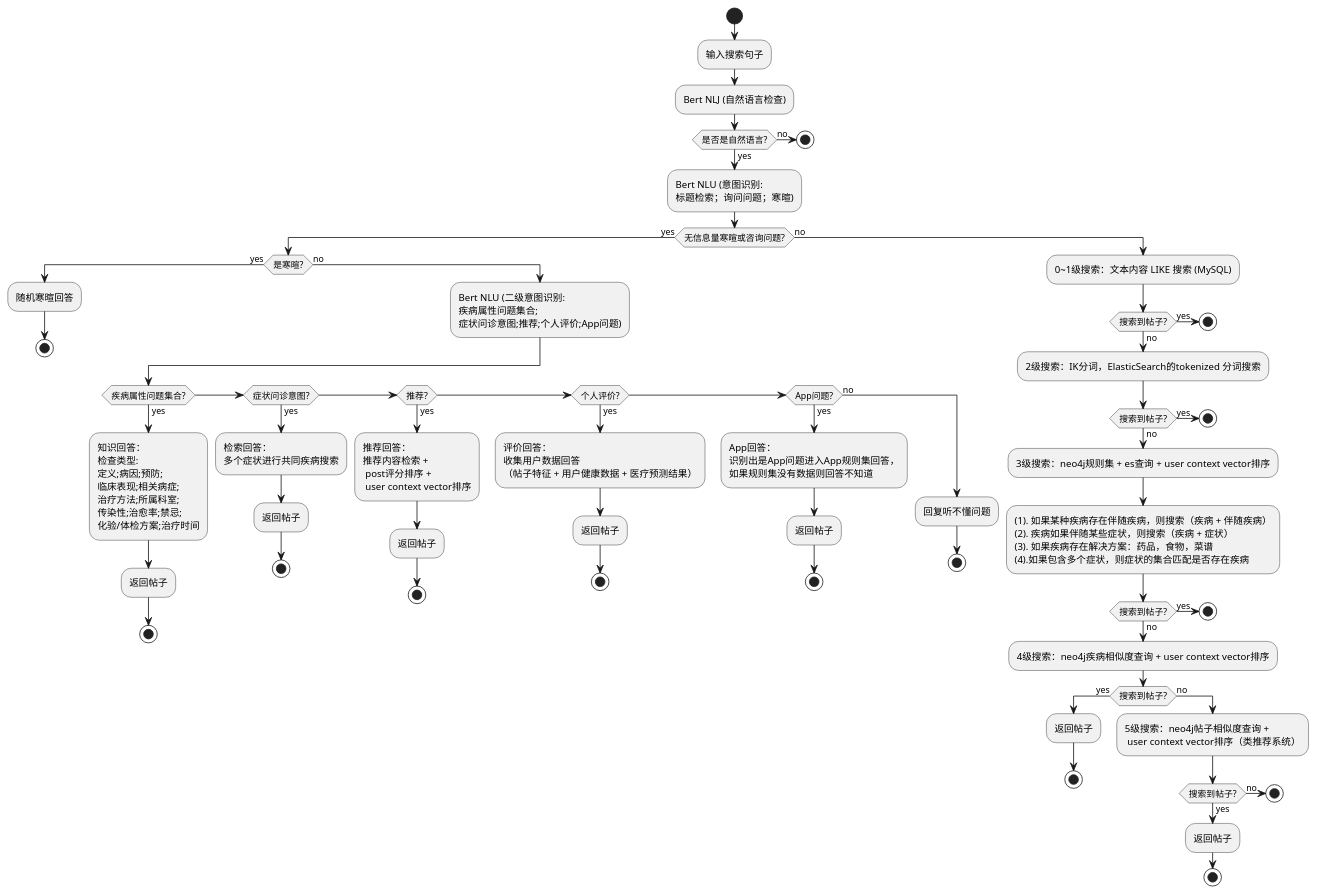
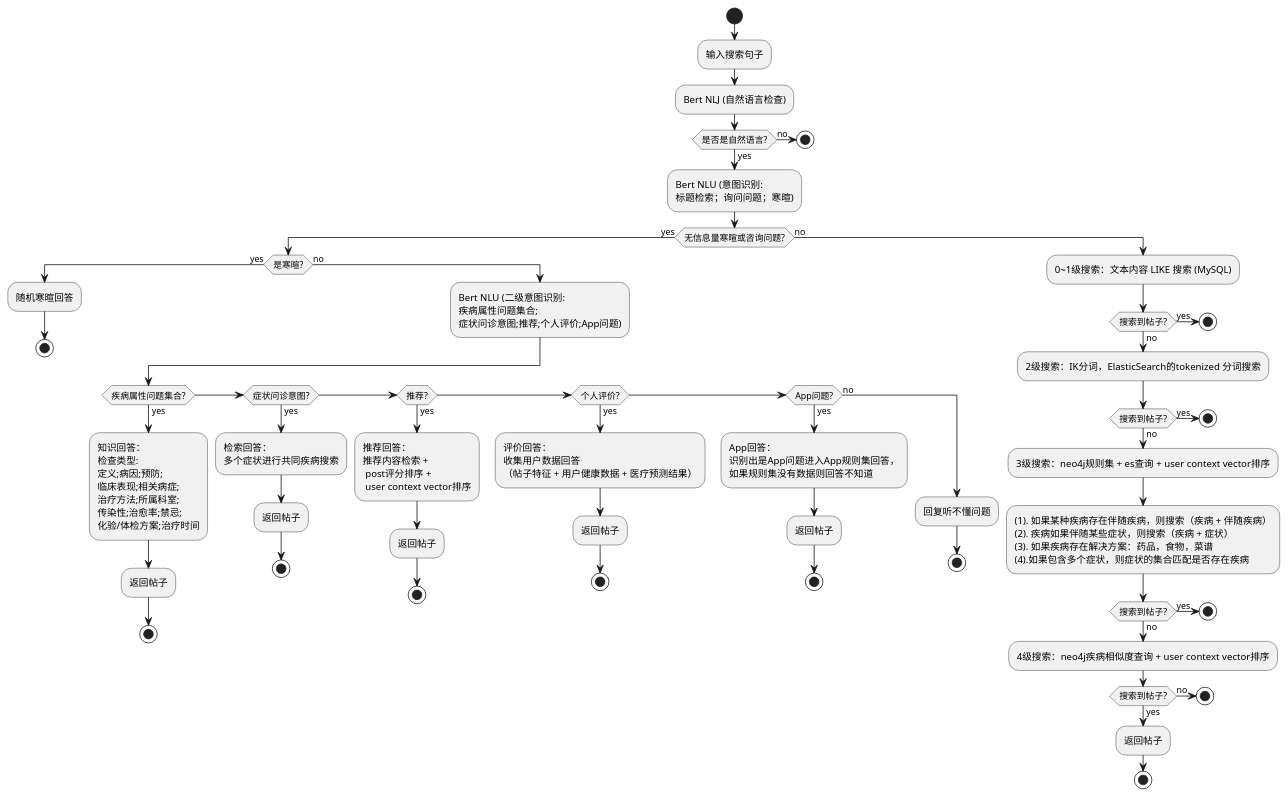
The diagram in spring-server/business/search-service/docs/搜索引擎流程planC.puml (nangong918/SmartMedicine-App), drawn with PlantUML before and after one commit. The commit also changed 6 other files, not shown here.

```diff
--- a/spring-server/business/search-service/docs/搜索引擎流程planC.puml
+++ b/spring-server/business/search-service/docs/搜索引擎流程planC.puml
@@ -1,87 +1,81 @@
 @startuml
 ' Styling options - feel free to adjust
 
 start
 :输入搜索句子;
 
 ' Natural Language Check
 :Bert NLJ (自然语言检查);
 if (是否是自然语言?) then (no)
   stop
 else (yes)
   ' Intent Recognition
   :Bert NLU (意图识别:\n标题检索；询问问题；寒暄);
 
   if (无信息量寒暄或咨询问题?) then (yes)
     if (是寒暄?) then (yes)
       :随机寒暄回答;
       stop
     else (no)
       :Bert NLU (二级意图识别:\n疾病属性问题集合;\n症状问诊意图;推荐;个人评价;App问题);
       if (疾病属性问题集合?) then (yes)
         :知识回答：\n检查类型:\n定义;病因;预防;\n临床表现;相关病症;\n治疗方法;所属科室;\n传染性;治愈率;禁忌;\n化验/体检方案;治疗时间;
         :返回帖子;
         stop
       elseif (症状问诊意图?) then (yes)
         :检索回答：\n多个症状进行共同疾病搜索;
         :返回帖子;
         stop
       elseif (推荐?) then (yes)
         :推荐回答：\n推荐内容检索 + \n post评分排序 + \n user context vector排序;
         :返回帖子;
         stop
       elseif (个人评价?) then (yes)
         :评价回答：\n收集用户数据回答\n（帖子特征 + 用户健康数据 + 医疗预测结果）;
         :返回帖子;
         stop
       elseif (App问题?) then (yes)
         :App回答：\n识别出是App问题进入App规则集回答，\n如果规则集没有数据则回答不知道;
         :返回帖子;
         stop
       else (no)
         :回复听不懂问题;
         stop
       endif
 
     endif
   else (no)
     ' Search Branch - Level 1
     :0~1级搜索：文本内容 LIKE 搜索 (MySQL);
     if (搜索到帖子?) then (yes)
       stop
     else (no)
       ' Search Branch - Level 2
       :2级搜索：IK分词，ElasticSearch的tokenized 分词搜索;
       if (搜索到帖子?) then (yes)
         stop
       else (no)
         ' Search Branch - Level 3
         :3级搜索：neo4j规则集 + es查询 + user context vector排序;
         :(1). 如果某种疾病存在伴随疾病，则搜索（疾病 + 伴随疾病）
         (2). 疾病如果伴随某些症状，则搜索（疾病 + 症状）
         (3). 如果疾病存在解决方案：药品，食物，菜谱
         (4).如果包含多个症状，则症状的集合匹配是否存在疾病;
         if (搜索到帖子?) then (yes)
           stop
         else (no)
           :4级搜索：neo4j疾病相似度查询 + user context vector排序;
           if (搜索到帖子?) then (yes)
             :返回帖子;
             stop
           else (no)
             ' Search Branch - Level 4
-            :5级搜索：neo4j帖子相似度查询 +\n user context vector排序（类推荐系统）;
-            if (搜索到帖子?) then (yes)
-              :返回帖子;
-              stop
-            else (no)
-              stop
-            endif
+            stop
           endif
         endif
       endif
     endif
   endif
 endif
 
 @enduml
```
